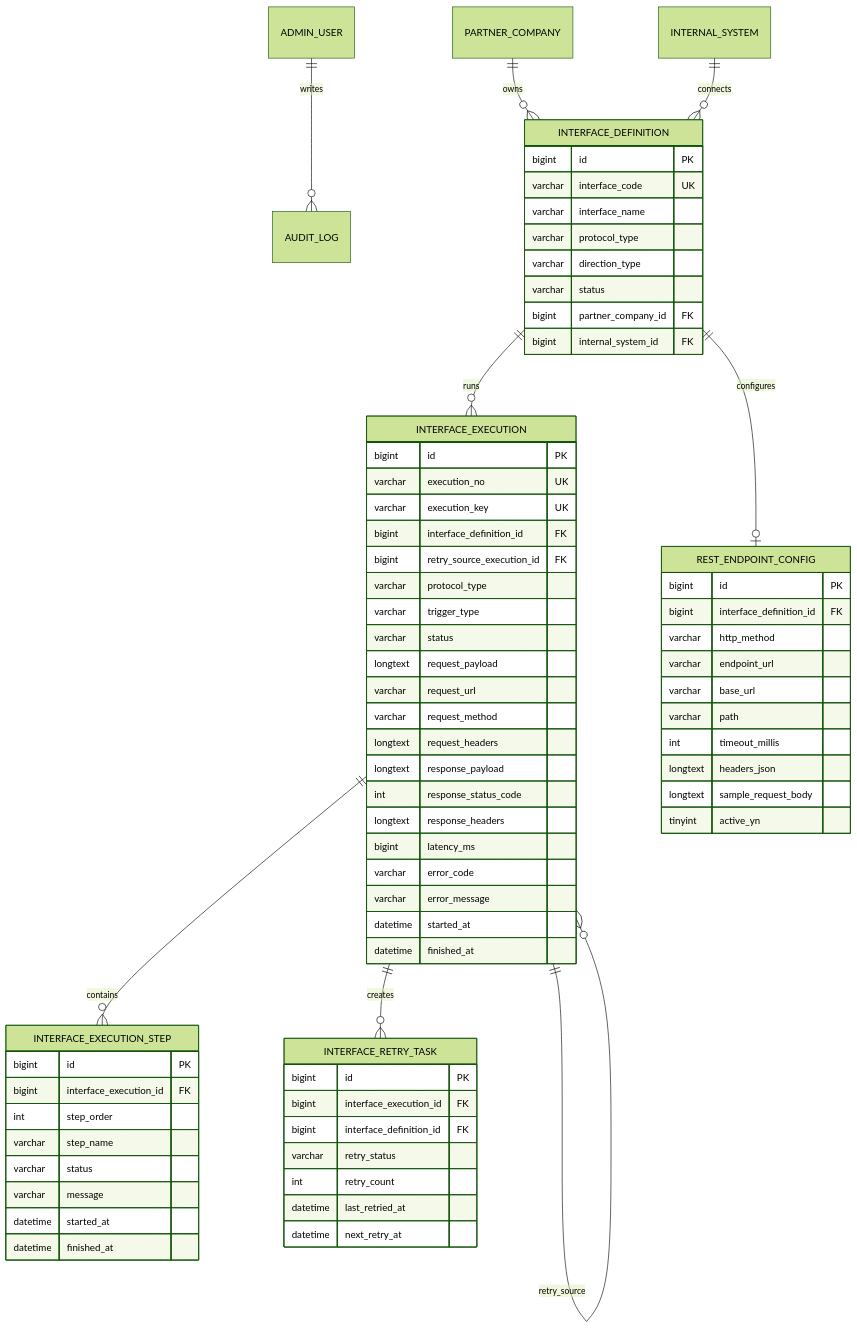
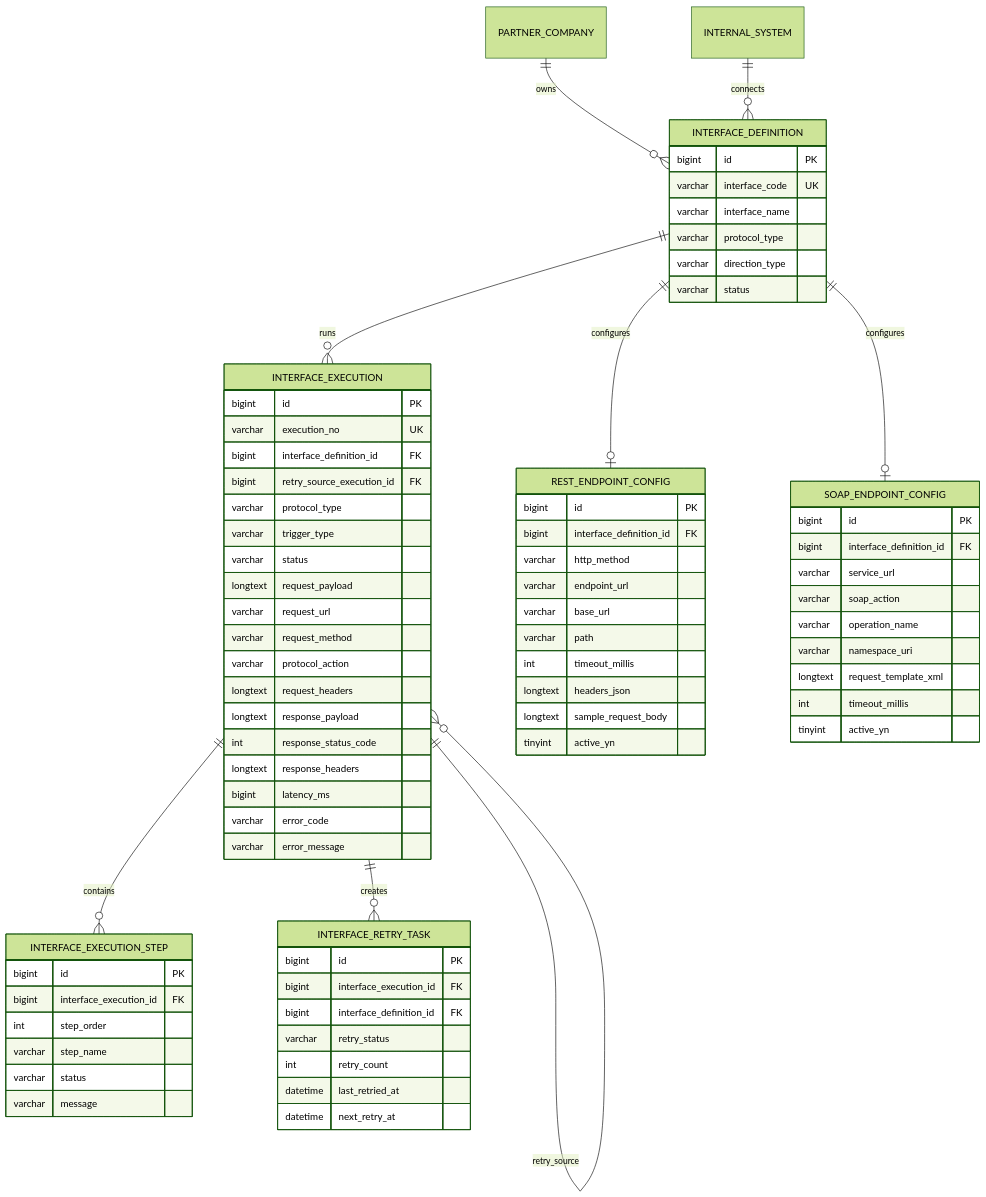
One commit to prozen99/Insurance_interface_hub changed the diagram in docs/03-erd.md. Above: the diagram before and after it, drawn with Mermaid (forest theme). The commit also changed other lines of this file and 9 other files, not shown here.

````diff
--- a/docs/03-erd.md
+++ b/docs/03-erd.md
@@ -7,10 +7,10 @@
 ```mermaid
 erDiagram
-    ADMIN_USER ||--o{ AUDIT_LOG : writes
     PARTNER_COMPANY ||--o{ INTERFACE_DEFINITION : owns
     INTERNAL_SYSTEM ||--o{ INTERFACE_DEFINITION : connects
     INTERFACE_DEFINITION ||--o{ INTERFACE_EXECUTION : runs
     INTERFACE_DEFINITION ||--o| REST_ENDPOINT_CONFIG : configures
+    INTERFACE_DEFINITION ||--o| SOAP_ENDPOINT_CONFIG : configures
     INTERFACE_EXECUTION ||--o{ INTERFACE_EXECUTION_STEP : contains
     INTERFACE_EXECUTION ||--o{ INTERFACE_RETRY_TASK : creates
     INTERFACE_EXECUTION ||--o{ INTERFACE_EXECUTION : retry_source
@@ -22,8 +22,6 @@
         varchar protocol_type
         varchar direction_type
         varchar status
-        bigint partner_company_id FK
-        bigint internal_system_id FK
     }
 
     REST_ENDPOINT_CONFIG {
@@ -39,10 +37,21 @@
         tinyint active_yn
     }
 
+    SOAP_ENDPOINT_CONFIG {
+        bigint id PK
+        bigint interface_definition_id FK
+        varchar service_url
+        varchar soap_action
+        varchar operation_name
+        varchar namespace_uri
+        longtext request_template_xml
+        int timeout_millis
+        tinyint active_yn
+    }
+
     INTERFACE_EXECUTION {
         bigint id PK
         varchar execution_no UK
-        varchar execution_key UK
         bigint interface_definition_id FK
         bigint retry_source_execution_id FK
         varchar protocol_type
@@ -51,6 +60,7 @@
         longtext request_payload
         varchar request_url
         varchar request_method
+        varchar protocol_action
         longtext request_headers
         longtext response_payload
         int response_status_code
@@ -58,8 +68,6 @@
         bigint latency_ms
         varchar error_code
         varchar error_message
-        datetime started_at
-        datetime finished_at
     }
 
     INTERFACE_EXECUTION_STEP {
@@ -69,8 +77,6 @@
         varchar step_name
         varchar status
         varchar message
-        datetime started_at
-        datetime finished_at
     }
 
     INTERFACE_RETRY_TASK {
````
